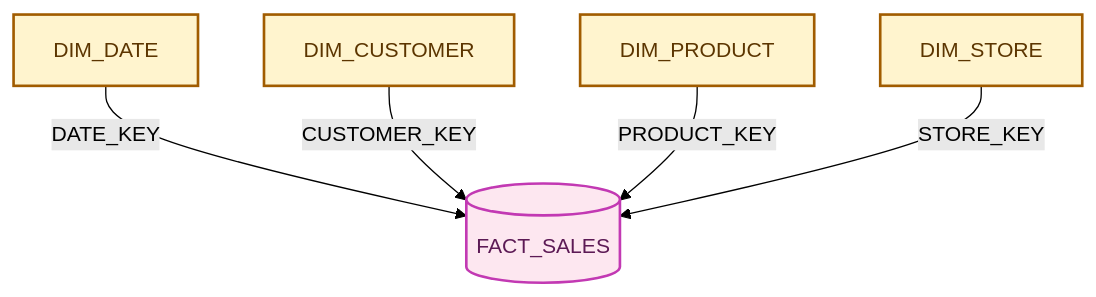
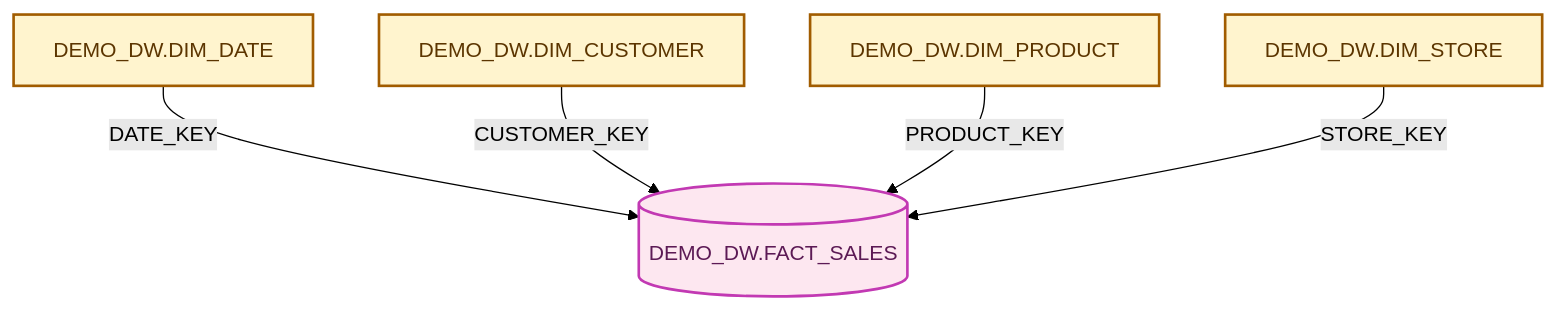
Before and after one commit to fredgis/oracletofabric: the second of 3 diagrams in README.md, drawn with Mermaid (forest theme). The commit also changed other lines of this file and 18 other files, not shown here.

First line of the commit message:
docs: simplify architecture for demo

````diff
--- a/README.md
+++ b/README.md
@@ -158,19 +213,19 @@
 ```mermaid
 flowchart TB
-    Date[DIM_DATE]
-    Customer[DIM_CUSTOMER]
-    Product[DIM_PRODUCT]
-    Store[DIM_STORE]
-    Sales[(FACT_SALES)]
+    Date[DEMO_DW.DIM_DATE]
+    Customer[DEMO_DW.DIM_CUSTOMER]
+    Product[DEMO_DW.DIM_PRODUCT]
+    Store[DEMO_DW.DIM_STORE]
+    Sales[(DEMO_DW.FACT_SALES)]
 
     Date -->|DATE_KEY| Sales
     Customer -->|CUSTOMER_KEY| Sales
     Product -->|PRODUCT_KEY| Sales
     Store -->|STORE_KEY| Sales
 
     classDef dimension fill:#FFF4CE,stroke:#A15C00,color:#5C3500,stroke-width:2px;
     classDef fact fill:#FDE7F0,stroke:#C239B3,color:#5C1A55,stroke-width:2px;
 
     class Date,Customer,Product,Store dimension;
     class Sales fact;
 ```
````
